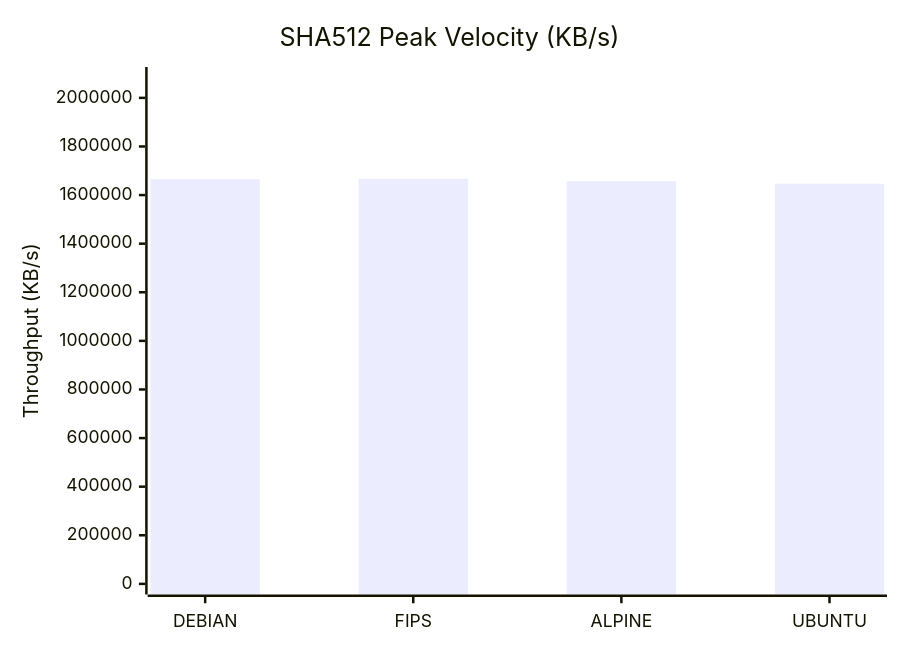
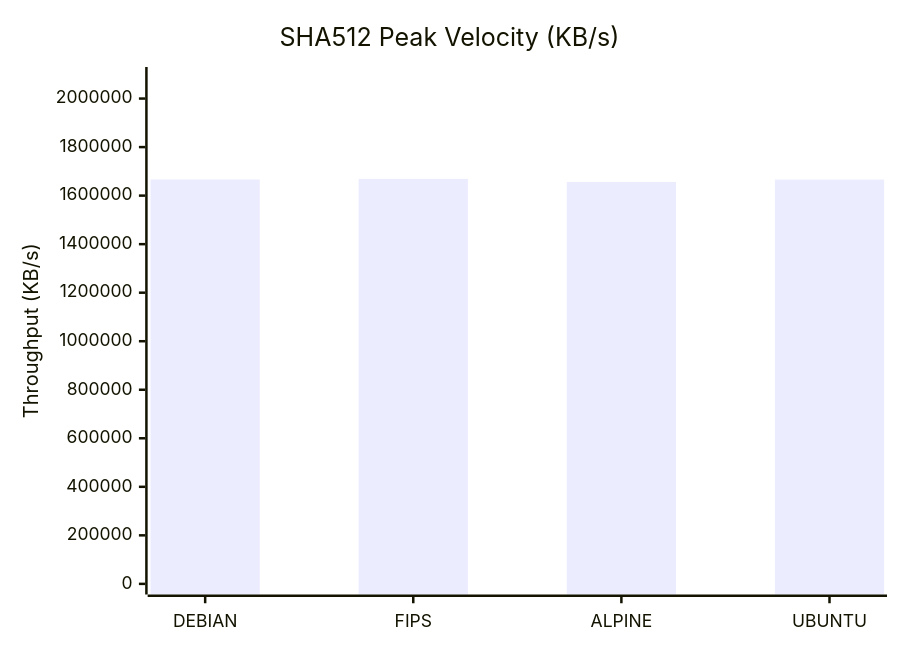
Before and after one commit to taha2samy/openssl_fips: the fourth of 9 diagrams in docs/Comparison_Report.md, drawn with Mermaid. The commit also changed other lines of this file and 2 other files, not shown here.

````diff
--- a/docs/Comparison_Report.md
+++ b/docs/Comparison_Report.md
@@ -83,7 +83,7 @@
 ```mermaid
 xychart-beta
     title "SHA512 Peak Velocity (KB/s)"
     x-axis [DEBIAN, FIPS, ALPINE, UBUNTU]
-    y-axis "Throughput (KB/s)" 0 --> 2083317
-    bar [1665597.44, 1666654.21, 1657438.21, 1646559.23]
+    y-axis "Throughput (KB/s)" 0 --> 2086256
+    bar [1666531.33, 1669005.31, 1656266.75, 1666138.11]
 ```
````
